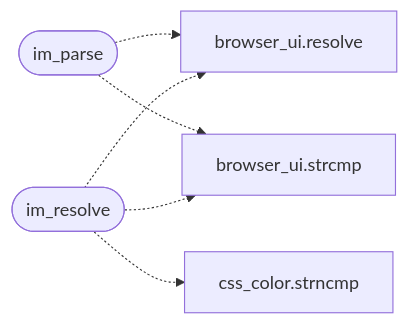
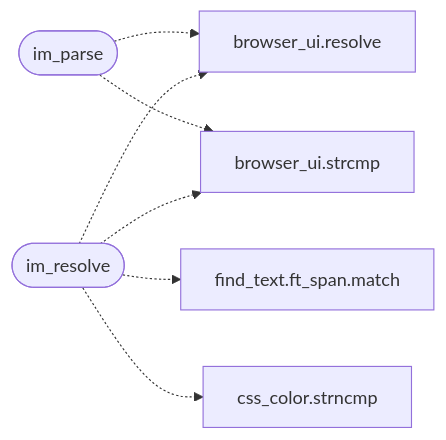
The second of 2 diagrams in readmenator-apidocs/modules/src.import_map.c.md (grisuno/FreeDom), drawn with Mermaid before and after one commit. The commit also changed other lines of this file and 270 other files, not shown here.

````diff
--- a/readmenator-apidocs/modules/src.import_map.c.md
+++ b/readmenator-apidocs/modules/src.import_map.c.md
@@ -31,13 +31,15 @@
 ```mermaid
 flowchart LR
     n_src_import_map_c__im_parse(["im_parse"])
     n_gui_browser_ui_c__resolve["browser_ui.resolve"]
     n_gui_browser_ui_c__strcmp["browser_ui.strcmp"]
     n_src_import_map_c__im_resolve(["im_resolve"])
+    n_include_find_text_h__ft_span_match["find_text.ft_span.match"]
     n_src_css_color_c__strncmp["css_color.strncmp"]
     n_src_import_map_c__im_parse -.-> n_gui_browser_ui_c__resolve
     n_src_import_map_c__im_parse -.-> n_gui_browser_ui_c__strcmp
     n_src_import_map_c__im_resolve -.-> n_gui_browser_ui_c__resolve
     n_src_import_map_c__im_resolve -.-> n_gui_browser_ui_c__strcmp
+    n_src_import_map_c__im_resolve -.-> n_include_find_text_h__ft_span_match
     n_src_import_map_c__im_resolve -.-> n_src_css_color_c__strncmp
 ```
````
